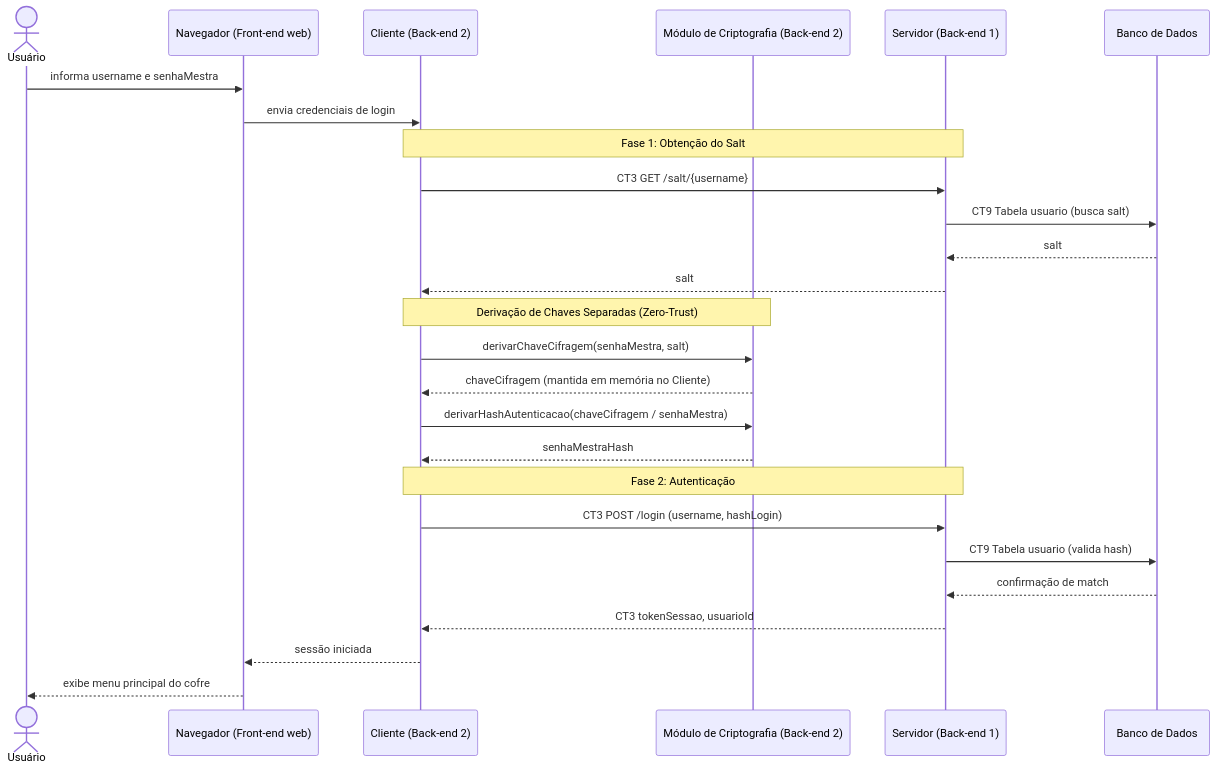
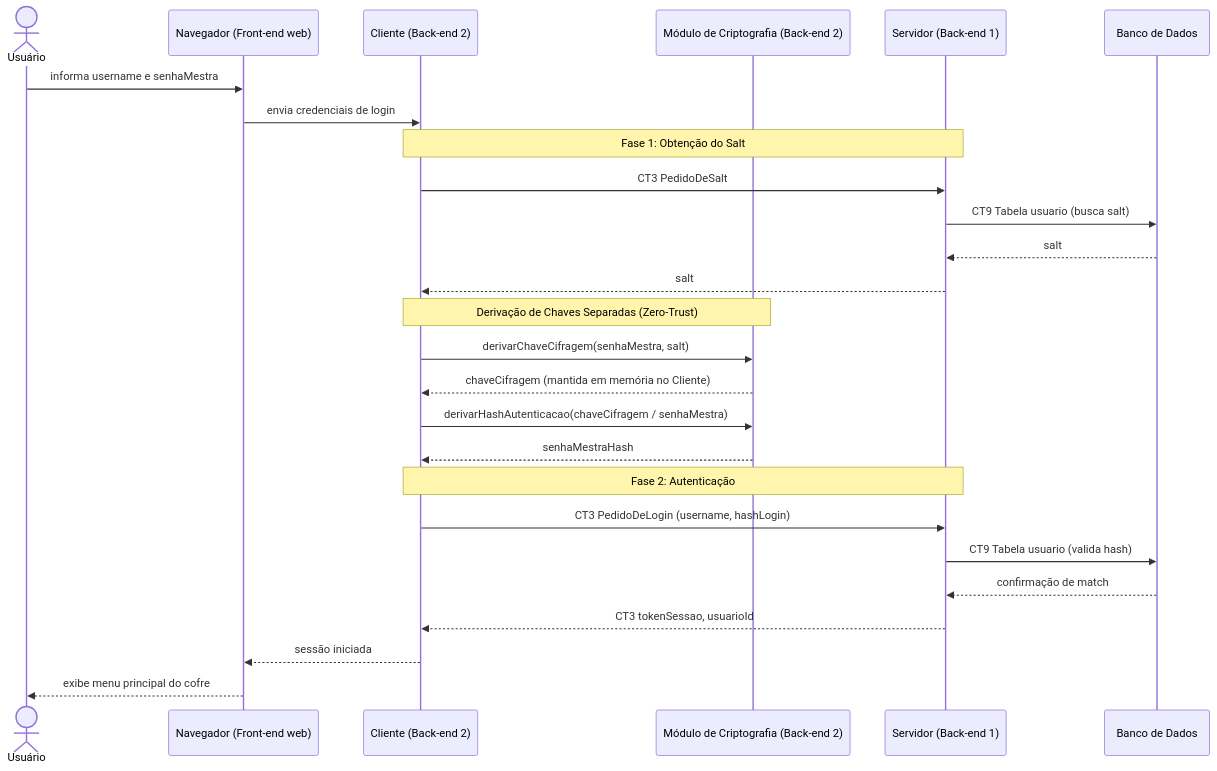
The diagram in docs/fluxos/E3-autenticacao.md (egili/pi4-0101-g6-frontend), drawn with Mermaid before and after one commit. The commit also changed other lines of this file and 8 other files, not shown here.

````diff
--- a/docs/fluxos/E3-autenticacao.md
+++ b/docs/fluxos/E3-autenticacao.md
@@ -22,31 +22,31 @@
 ```mermaid
 sequenceDiagram
     actor U as Usuário
     participant N as Navegador (Front-end web)
     participant C as Cliente (Back-end 2)
     participant CM as Módulo de Criptografia (Back-end 2)
     participant S as Servidor (Back-end 1)
     participant DB as Banco de Dados
 
     U->>N: informa username e senhaMestra
     N->>C: envia credenciais de login
     Note over C,S: Fase 1: Obtenção do Salt
-    C->>S: CT3 GET /salt/{username}
+    C->>S: CT3 PedidoDeSalt
     S->>DB: CT9 Tabela usuario (busca salt)
     DB-->>S: salt
     S-->>C: salt
 
     Note over C,CM: Derivação de Chaves Separadas (Zero-Trust)
     C->>CM: derivarChaveCifragem(senhaMestra, salt)
     CM-->>C: chaveCifragem (mantida em memória no Cliente)
     C->>CM: derivarHashAutenticacao(chaveCifragem / senhaMestra)
     CM-->>C: senhaMestraHash
 
     Note over C,S: Fase 2: Autenticação
-    C->>S: CT3 POST /login (username, hashLogin)
+    C->>S: CT3 PedidoDeLogin (username, hashLogin)
     S->>DB: CT9 Tabela usuario (valida hash)
     DB-->>S: confirmação de match
     S-->>C: CT3 tokenSessao, usuarioId
     C-->>N: sessão iniciada
     N-->>U: exibe menu principal do cofre
 ```
````
